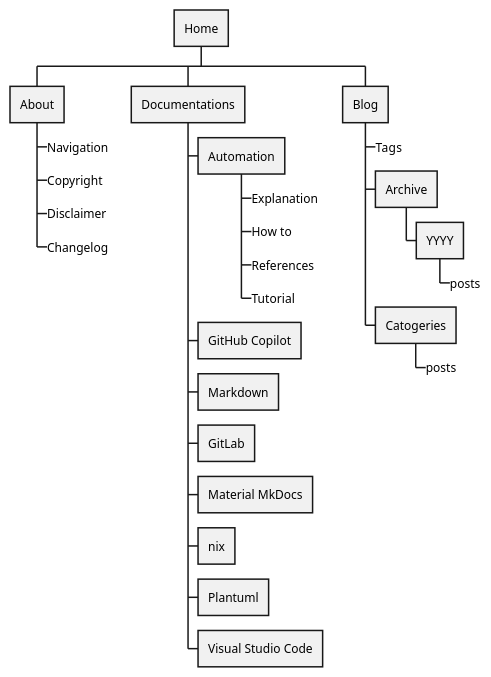
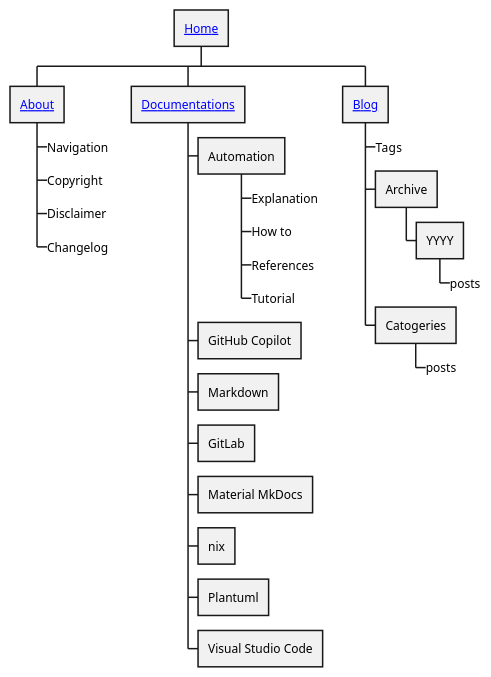
Before and after one commit to ubergoonz/docs-blog: the diagram in docs/about/puml/site-navi.puml, drawn with PlantUML. The commit also changed 30 other files, not shown here.

```diff
--- a/docs/about/puml/site-navi.puml
+++ b/docs/about/puml/site-navi.puml
@@ -1,30 +1,30 @@
 @startwbs
 
-+ Home
- + About
++ [[../../ Home]]
+ + [[../ About]]
   +_ Navigation
   +_ Copyright
   +_ Disclaimer
   +_ Changelog
-** Documentations
+** [[../../documentations/ Documentations]]
   + Automation
    +_ Explanation
    +_ How to
    +_ References
    +_ Tutorial
   + GitHub Copilot
   + Markdown
   + GitLab
   + Material MkDocs
   + nix
   + Plantuml
   + Visual Studio Code
-** Blog
+** [[../../blog/ Blog]]
   +_ Tags
   + Archive
    + YYYY
     +_ posts
   + Catogeries
    +_ posts
 
 @endwbs
```
